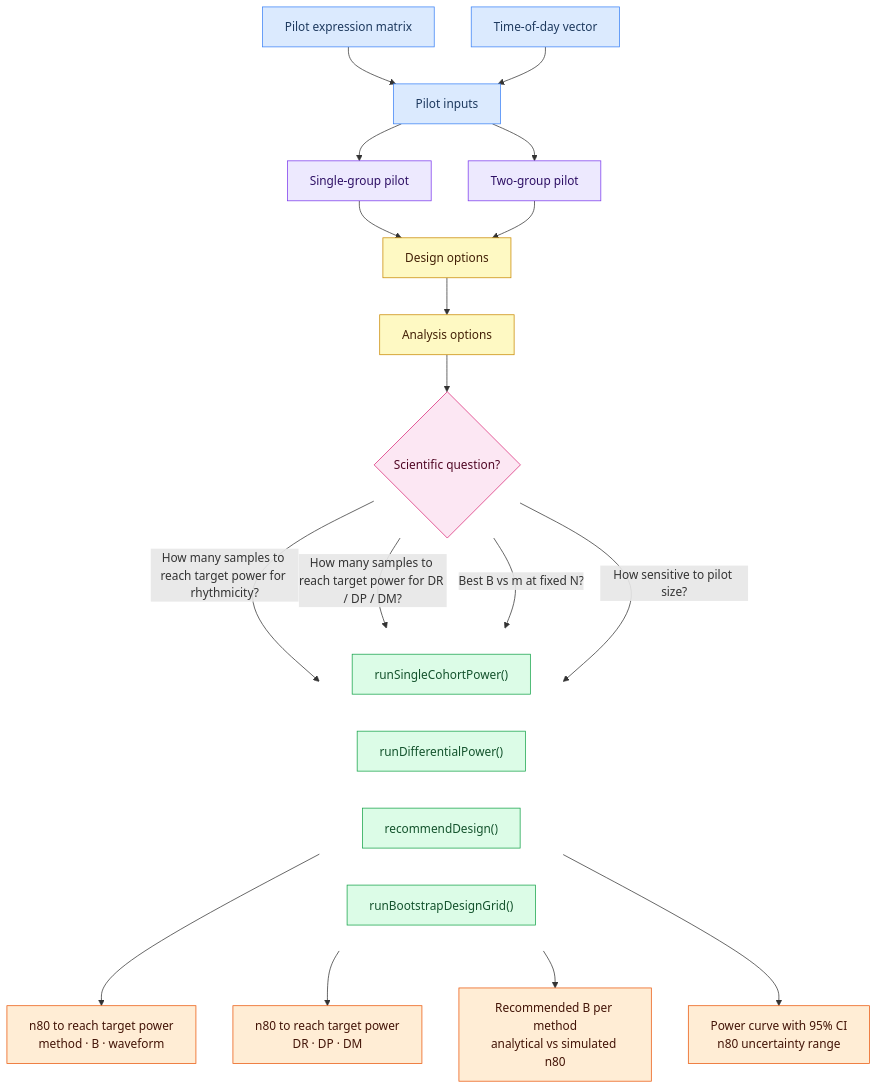
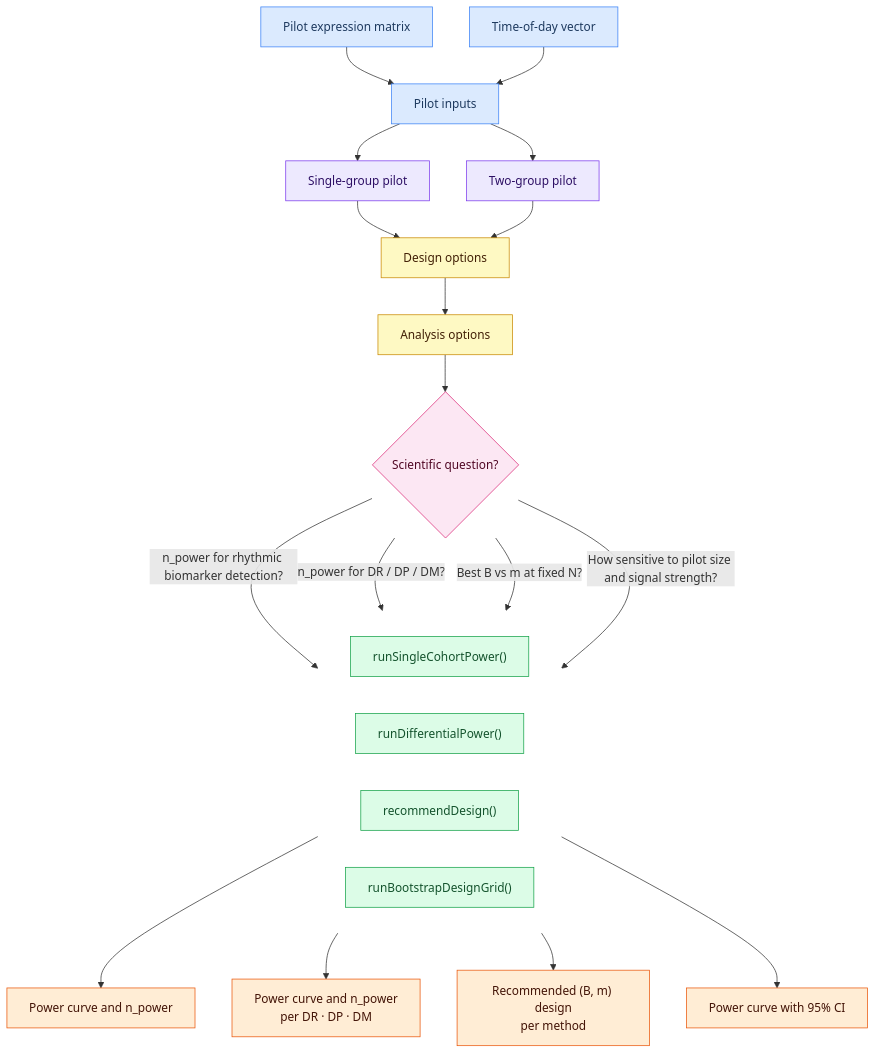
The diagram in vignettes/SCP_vignette.md (quythien/SCP), drawn with Mermaid before and after one commit. The commit also changed other lines of this file, not shown here.

Commit message:
Refine flowchart: cleaner questions, n_power legend, expand design/analysis/method legends

````diff
--- a/vignettes/SCP_vignette.md
+++ b/vignettes/SCP_vignette.md
@@ -65,67 +65,65 @@
 ```mermaid
 flowchart TD
 
     A["Pilot expression matrix"]
     B["Time-of-day vector"]
     I["Pilot inputs"]
 
     C["Single-group pilot"]
     D["Two-group pilot"]
 
     E["Design options"]
     F["Analysis options"]
 
     G{"Scientific question?"}
 
     subgraph RUNNERS[" "]
         direction LR
         SC["runSingleCohortPower()"]
         DF["runDifferentialPower()"]
         BM["recommendDesign()"]
         BS["runBootstrapDesignGrid()"]
     end
 
-    R1["n80 to reach target power
-method · B · waveform"]
-    R2["n80 to reach target power
-DR · DP · DM"]
-    R3["Recommended B per method
-analytical vs simulated n80"]
-    R4["Power curve with 95% CI
-n80 uncertainty range"]
+    R1["Power curve and n_power"]
+    R2["Power curve and n_power
+per DR · DP · DM"]
+    R3["Recommended (B, m) design
+per method"]
+    R4["Power curve with 95% CI"]
 
     A --> I
     B --> I
     I --> C
     I --> D
     C --> E
     D --> E
     E --> F
     F --> G
 
-    G -- "How many samples to reach target power for rhythmicity?" --> SC
-    G -- "How many samples to reach target power for DR / DP / DM?" --> DF
+    G -- "n_power for rhythmic biomarker detection?" --> SC
+    G -- "n_power for DR / DP / DM?" --> DF
     G -- "Best B vs m at fixed N?" --> BM
-    G -- "How sensitive to pilot size?" --> BS
+    G -- "How sensitive to pilot size and signal strength?" --> BS
 
     SC --> R1
     DF --> R2
     BM --> R3
     BS --> R4
 
     classDef input   fill:#dbeafe,stroke:#3b82f6,color:#1e3a5f
     classDef est     fill:#ede9fe,stroke:#7c3aed,color:#2e1065
     classDef opts    fill:#fef9c3,stroke:#ca8a04,color:#422006
     classDef decide  fill:#fce7f3,stroke:#db2777,color:#500724
     classDef runner  fill:#dcfce7,stroke:#16a34a,color:#14532d
     classDef result  fill:#ffedd5,stroke:#ea580c,color:#431407
     classDef hidden  fill:none,stroke:none,color:none
 
     class A,B,I input
     class C,D est
     class E,F opts
     class G decide
     class SC,DF,BM,BS runner
     class R1,R2,R3,R4 result
     class RUNNERS hidden
 ```
````
